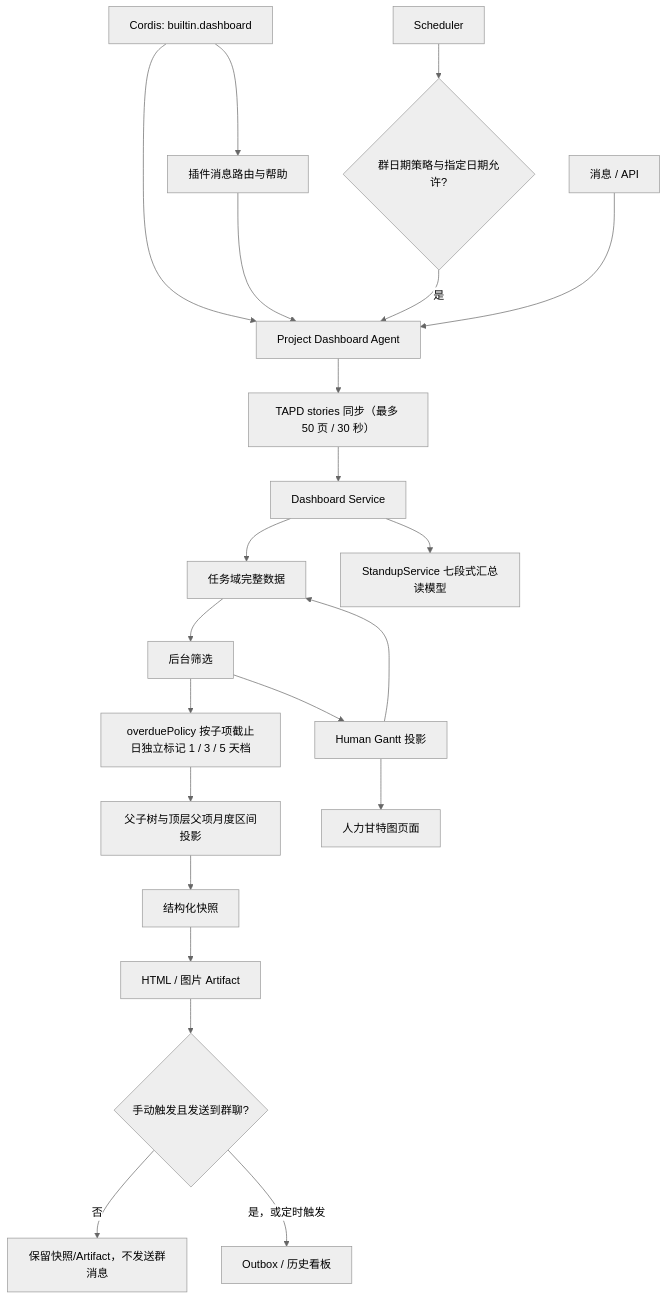
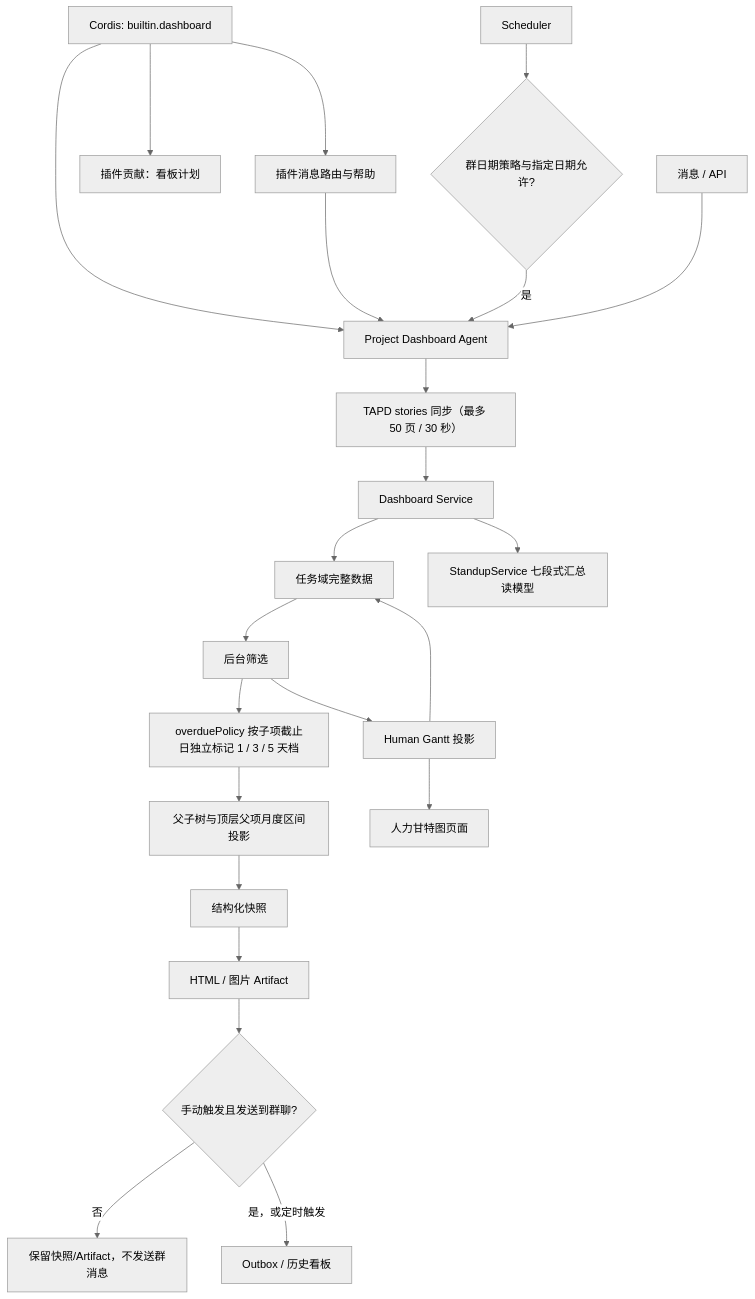
One commit to KlayPeter/AI-Delivery-Ops-Agent changed the diagram in backend/src/agents/native/project-dashboard/FEATURE.md. Above: the diagram before and after it, drawn with Mermaid (neutral theme). The commit also changed other lines of this file and 37 other files, not shown here.

````diff
--- a/backend/src/agents/native/project-dashboard/FEATURE.md
+++ b/backend/src/agents/native/project-dashboard/FEATURE.md
@@ -22,24 +22,25 @@
 ```mermaid
 flowchart TD
     PL["Cordis: builtin.dashboard"] --> B
     PL --> MR["插件消息路由与帮助"]
+    PL --> GS["插件贡献：看板计划"]
     MR --> B
     SC["Scheduler"] --> HC{"群日期策略与指定日期允许?"}
     HC -- "是" --> B["Project Dashboard Agent"]
     A["消息 / API"] --> B
     B --> T["TAPD stories 同步（最多 50 页 / 30 秒）"]
     T --> C["Dashboard Service"]
     C --> D["任务域完整数据"]
     C --> S["StandupService 七段式汇总读模型"]
     D --> H["TaskService 父子层级投影：完成继承 + 转测阶段只读继承"]
     H --> O["overduePolicy 按子项截止日独立标记 1 / 3 / 5 天档"]
     O --> K["父子树与顶层父项月度区间投影"]
     K --> E["结构化快照"]
     E --> F["HTML / 图片 Artifact"]
     F --> P{"手动触发且发送到群聊?"}
     P -- "否" --> Q["保留快照/Artifact，不发送群消息"]
     P -- "是，或定时触发" --> G["Outbox / 历史看板"]
     H["后台筛选"] --> I["Human Gantt 投影"]
     I --> D
     I --> J["人力甘特图页面"]
 ```
````
